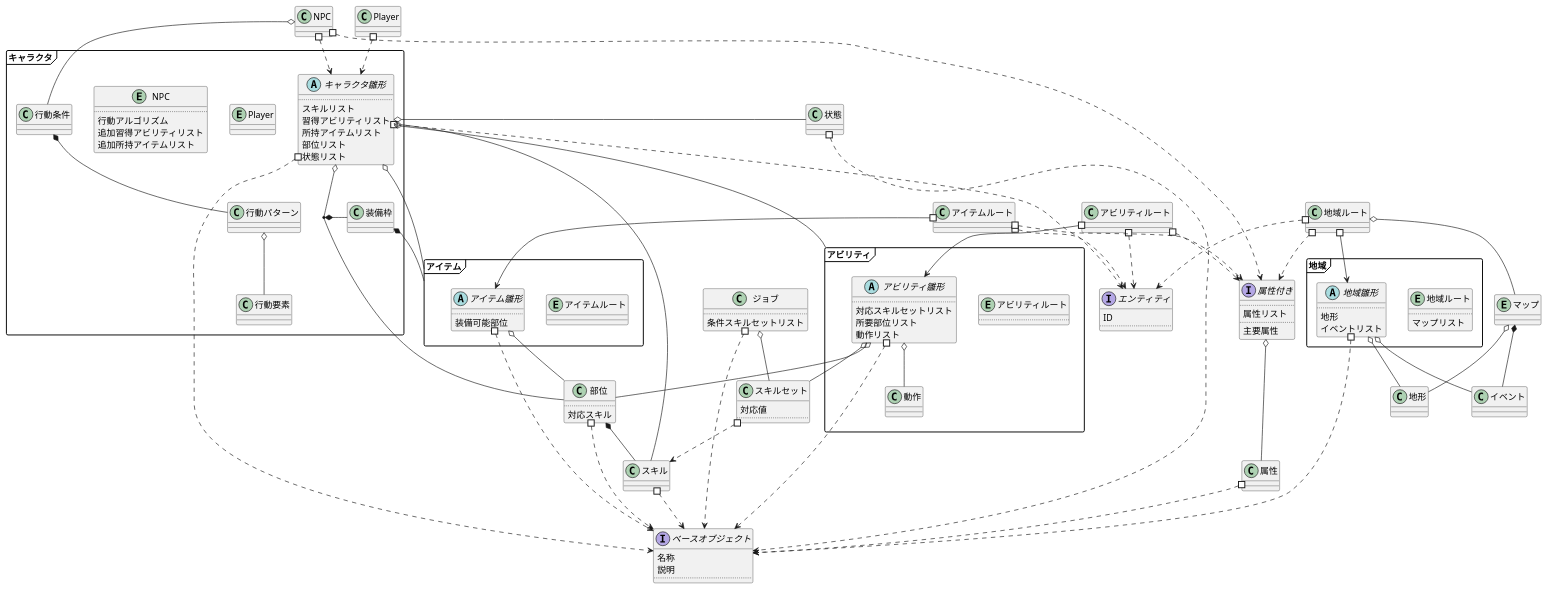
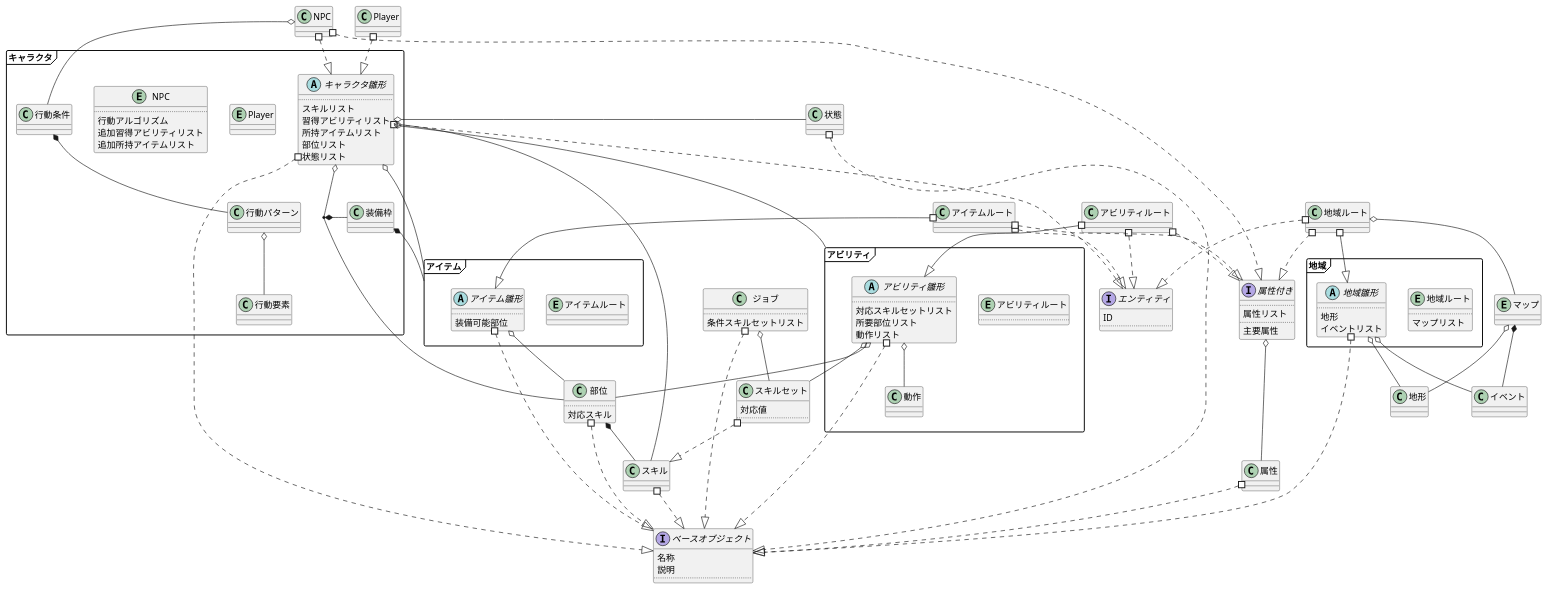
Before and after one commit to eckolo/RogueLikeLike: the diagram in Memo/Uml.wsd, drawn with PlantUML.

Commit message:
利用と区別するため継承の矢印を白矢印に変更

```diff
--- a/Memo/Uml.wsd
+++ b/Memo/Uml.wsd
@@ -1,150 +1,150 @@
 @startuml 全体概要図
 
 skinparam packageStyle Frame
 
 interface ベースオブジェクト{
 	名称
 	説明
 	..
 }
 
 class スキル
-スキル #..> ベースオブジェクト
+スキル #..^ ベースオブジェクト
 class 状態
-状態 #..> ベースオブジェクト
+状態 #..^ ベースオブジェクト
 class 部位{
 	..
 	対応スキル
 }
-部位 #..> ベースオブジェクト
+部位 #..^ ベースオブジェクト
 部位 *-- スキル
 class スキルセット{
 	対応値
 	..
 }
-スキルセット #..> スキル
+スキルセット #..^ スキル
 class ジョブ{
 	..
 	条件スキルセットリスト
 }
-ジョブ #..> ベースオブジェクト
+ジョブ #..^ ベースオブジェクト
 ジョブ o-- スキルセット
 
 interface エンティティ{
 	ID
 	..
 }
 
 class 属性
-属性 #..> ベースオブジェクト
+属性 #..^ ベースオブジェクト
 interface 属性付き{
 	..
 	属性リスト
 	..
 	主要属性
 }
 属性付き o-- 属性
 
 namespace アビリティ{
 	entity アビリティルート{
 		..
 	}
 	abstract アビリティ雛形{
 		..
 		対応スキルセットリスト
 		所要部位リスト
 		動作リスト
 	}
 
-	.アビリティルート #--> アビリティ雛形
-	アビリティ雛形 #..> .ベースオブジェクト
+	.アビリティルート #--^ アビリティ雛形
+	アビリティ雛形 #..^ .ベースオブジェクト
 	アビリティ雛形 o-- .部位
 	アビリティ雛形 o-- .スキルセット
 
 	class 動作
 	アビリティ雛形 o-- 動作
 }
-アビリティルート #..> エンティティ
-アビリティルート #..> 属性付き
+アビリティルート #..^ エンティティ
+アビリティルート #..^ 属性付き
 
 namespace アイテム{
 	entity アイテムルート
 	abstract アイテム雛形{
 		..
 		装備可能部位
 	}
 
-	.アイテムルート #--> アイテム雛形
-	アイテム雛形 #..> .ベースオブジェクト
+	.アイテムルート #--^ アイテム雛形
+	アイテム雛形 #..^ .ベースオブジェクト
 	アイテム雛形 o-- .部位
 }
-アイテムルート #..> エンティティ
-アイテムルート #..> 属性付き
+アイテムルート #..^ エンティティ
+アイテムルート #..^ 属性付き
 
 class 地形
 class イベント
 entity マップ
 マップ o-- 地形
 マップ *-- イベント
 namespace 地域{
 	entity 地域ルート{
 		..
 		マップリスト
 	}
 	abstract 地域雛形{
 		..
 		地形
 		イベントリスト
 	}
 
-	.地域ルート #--> 地域雛形
-	地域雛形 #..> .ベースオブジェクト
+	.地域ルート #--^ 地域雛形
+	地域雛形 #..^ .ベースオブジェクト
 	地域雛形 o-- .地形
 	地域雛形 o-- .イベント
 	.地域ルート o-- .マップ
 }
-地域ルート #..> エンティティ
-地域ルート #..> 属性付き
+地域ルート #..^ エンティティ
+地域ルート #..^ 属性付き
 
 namespace キャラクタ{
 	abstract キャラクタ雛形{
 		..
 		スキルリスト
 		習得アビリティリスト
 		所持アイテムリスト
 		部位リスト
 		状態リスト
 	}
 
-	キャラクタ雛形 #..> .ベースオブジェクト
+	キャラクタ雛形 #..^ .ベースオブジェクト
 	キャラクタ雛形 o-- .部位
 	class 装備枠
 	(キャラクタ雛形,.部位) *- 装備枠
 	装備枠 *-- アイテム
 
 	entity Player
-	.Player #..> キャラクタ雛形
+	.Player #..^ キャラクタ雛形
 
 	entity NPC{
 		..
 		行動アルゴリズム
 		追加習得アビリティリスト
 		追加所持アイテムリスト
 	}
-	.NPC #..> .属性付き
-	.NPC #..> キャラクタ雛形
+	.NPC #..^ .属性付き
+	.NPC #..^ キャラクタ雛形
 
 	class 行動条件
 	class 行動パターン
 	class 行動要素
 	.NPC o-- 行動条件
 	行動条件 *-- 行動パターン
 	行動パターン o-- 行動要素
 }
-キャラクタ.キャラクタ雛形 #..> エンティティ
+キャラクタ.キャラクタ雛形 #..^ エンティティ
 キャラクタ.キャラクタ雛形 o- スキル
 キャラクタ.キャラクタ雛形 o- アビリティ
 キャラクタ.キャラクタ雛形 o- 状態
 キャラクタ.キャラクタ雛形 o- アイテム
 
 @enduml
```
